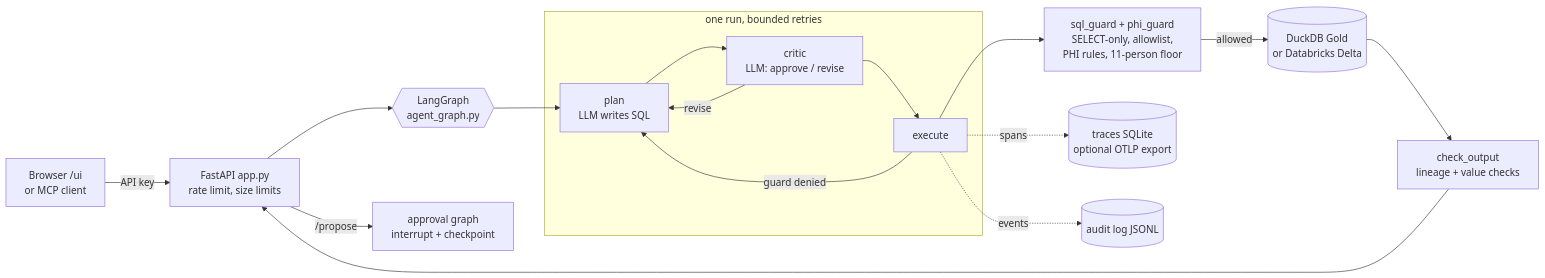
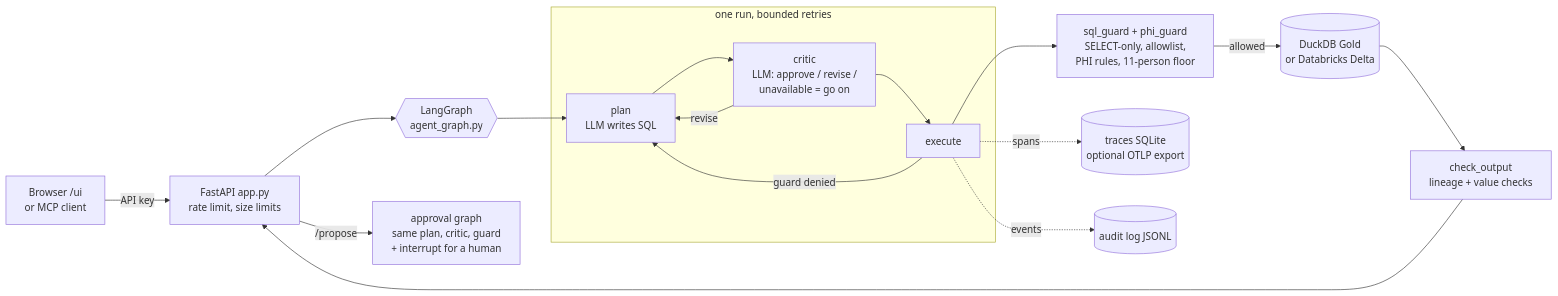
The diagram in docs/ARCHITECTURE.md (erjonb19/governed-clinical-agent), drawn with Mermaid before and after one commit. The commit also changed other lines of this file, not shown here.

First line of the commit message:
Item 27 review: real open guard gaps, critic 'unavailable', button names, replay fallback question

````diff
--- a/docs/ARCHITECTURE.md
+++ b/docs/ARCHITECTURE.md
@@ -9,19 +9,19 @@
 ```mermaid
 flowchart LR
     U[Browser /ui<br/>or MCP client] -->|API key| API[FastAPI app.py<br/>rate limit, size limits]
     API --> G{{LangGraph<br/>agent_graph.py}}
     subgraph run [one run, bounded retries]
-      P[plan<br/>LLM writes SQL] --> C[critic<br/>LLM: approve / revise]
+      P[plan<br/>LLM writes SQL] --> C[critic<br/>LLM: approve / revise /<br/>unavailable = go on]
       C -->|revise| P
       C --> X[execute]
       X -->|guard denied| P
     end
     G --> P
     X --> GU[sql_guard + phi_guard<br/>SELECT-only, allowlist,<br/>PHI rules, 11-person floor]
     GU -->|allowed| DB[(DuckDB Gold<br/>or Databricks Delta)]
     DB --> OUT[check_output<br/>lineage + value checks]
     OUT --> API
     X -.spans.-> T[(traces SQLite<br/>optional OTLP export)]
     X -.events.-> A[(audit log JSONL)]
-    API -->|/propose| AP[approval graph<br/>interrupt + checkpoint]
+    API -->|/propose| AP[approval graph<br/>same plan, critic, guard<br/>+ interrupt for a human]
 ```
````
